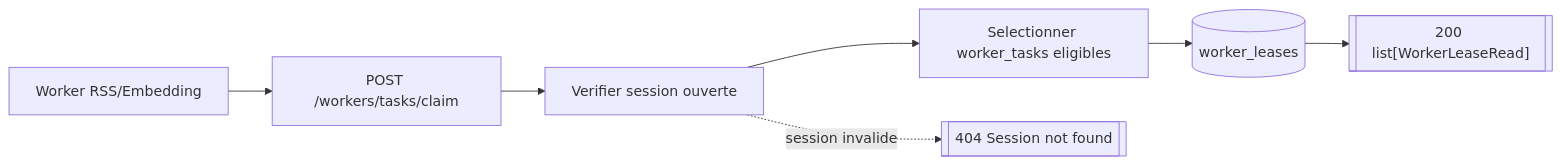
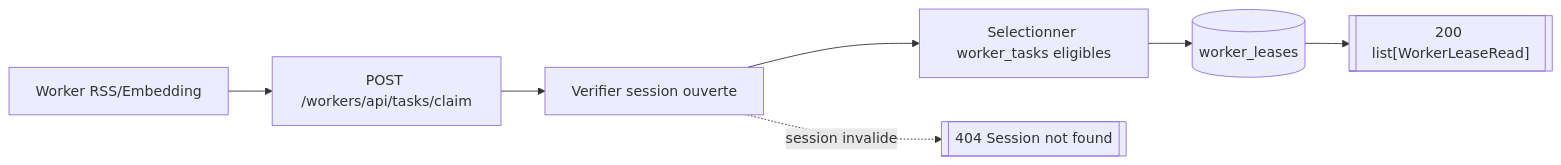
One commit to Manifeed/docs changed the second of 8 diagrams in backend/routes/workers.md. Above: the diagram before and after it, drawn with Mermaid. The commit also changed other lines of this file and 12 other files, not shown here.

````diff
--- a/backend/routes/workers.md
+++ b/backend/routes/workers.md
@@ -37,9 +37,9 @@
 ```mermaid
 flowchart LR
-    worker["Worker RSS/Embedding"] --> route["POST /workers/tasks/claim"]
+    worker["Worker RSS/Embedding"] --> route["POST /workers/api/tasks/claim"]
     route --> session["Verifier session ouverte"]
     session --> tasks["Selectionner worker_tasks eligibles"]
     tasks --> leases[(worker_leases)]
     leases --> response[["200 list[WorkerLeaseRead]"]]
     session -. session invalide .-> e404[["404 Session not found"]]
 ```
````
